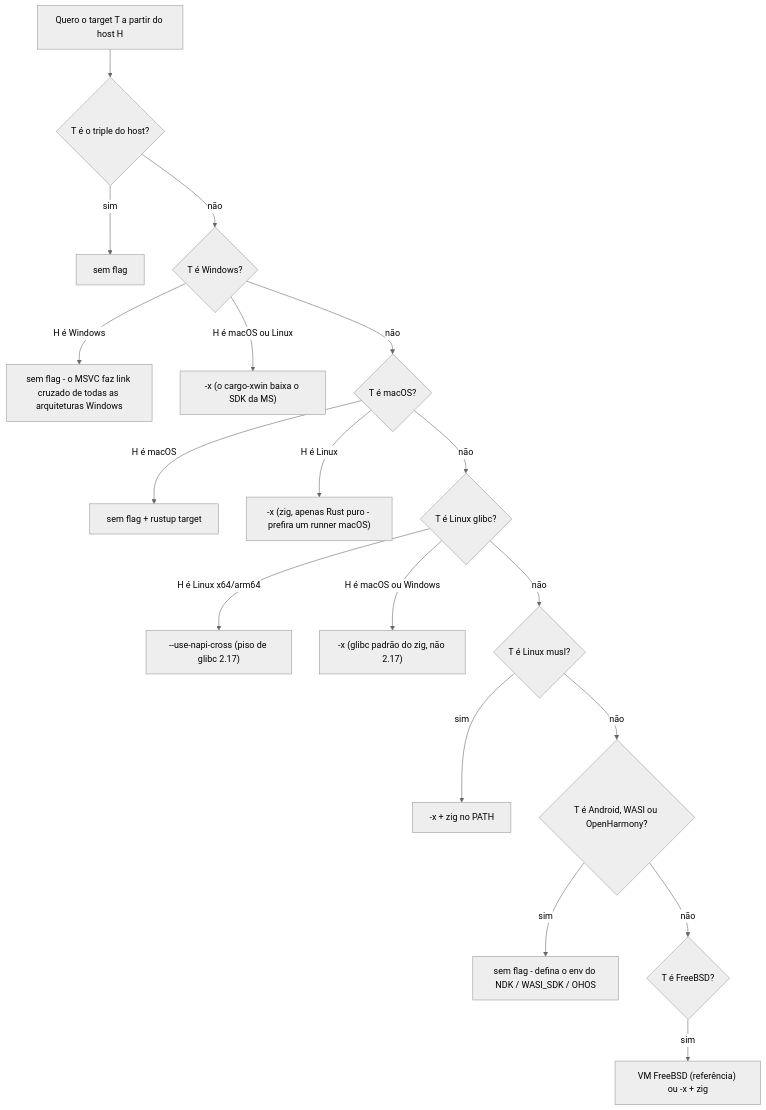
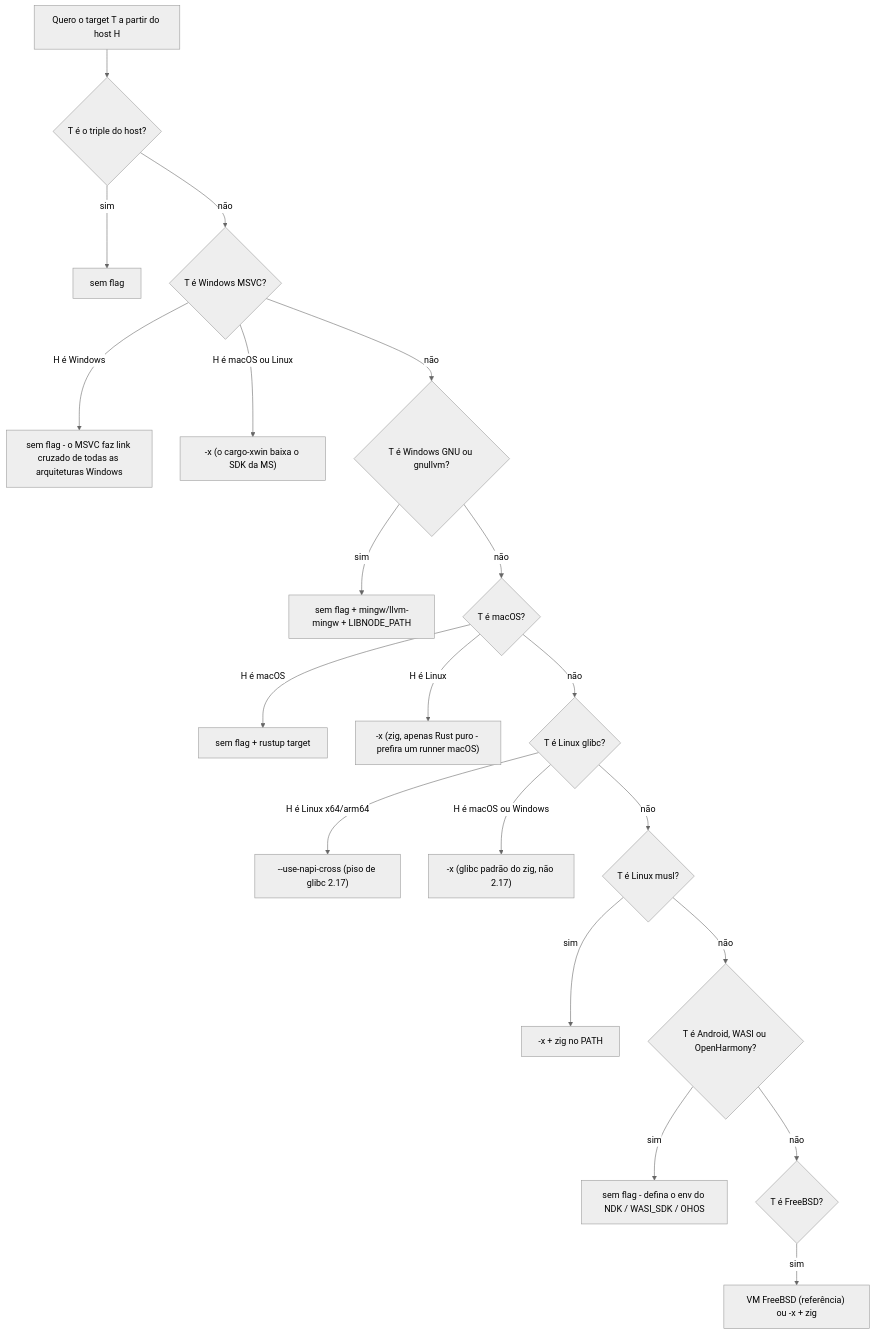
Before and after one commit to napi-rs/website: the diagram in content/docs/cross-build.pt-BR.mdx, drawn with Mermaid (neutral theme). The commit also changed other lines of this file and 299 other files, not shown here.

````diff
--- a/content/docs/cross-build.pt-BR.mdx
+++ b/content/docs/cross-build.pt-BR.mdx
@@ -50,20 +48,22 @@
 ```mermaid
 flowchart TD
     A[Quero o target T a partir do host H] --> B{T é o triple do host?}
     B -- sim --> N0[sem flag]
-    B -- não --> C{T é Windows?}
+    B -- não --> C{T é Windows MSVC?}
     C -- "H é Windows" --> N1["sem flag - o MSVC faz link cruzado de todas as arquiteturas Windows"]
     C -- "H é macOS ou Linux" --> X1["-x (o cargo-xwin baixa o SDK da MS)"]
-    C -- não --> D{T é macOS?}
+    C -- não --> WG{T é Windows GNU ou gnullvm?}
+    WG -- sim --> WGN["sem flag + mingw/llvm-mingw + LIBNODE_PATH"]
+    WG -- não --> D{T é macOS?}
     D -- "H é macOS" --> N2[sem flag + rustup target]
     D -- "H é Linux" --> X2["-x (zig, apenas Rust puro - prefira um runner macOS)"]
     D -- não --> E{T é Linux glibc?}
     E -- "H é Linux x64/arm64" --> NC["--use-napi-cross (piso de glibc 2.17)"]
     E -- "H é macOS ou Windows" --> X3["-x (glibc padrão do zig, não 2.17)"]
     E -- não --> F{T é Linux musl?}
     F -- sim --> X4["-x + zig no PATH"]
     F -- não --> G{T é Android, WASI ou OpenHarmony?}
     G -- sim --> N3["sem flag - defina o env do NDK / WASI_SDK / OHOS"]
     G -- não --> H2{T é FreeBSD?}
     H2 -- sim --> VM["VM FreeBSD (referência) ou -x + zig"]
 ```
````
